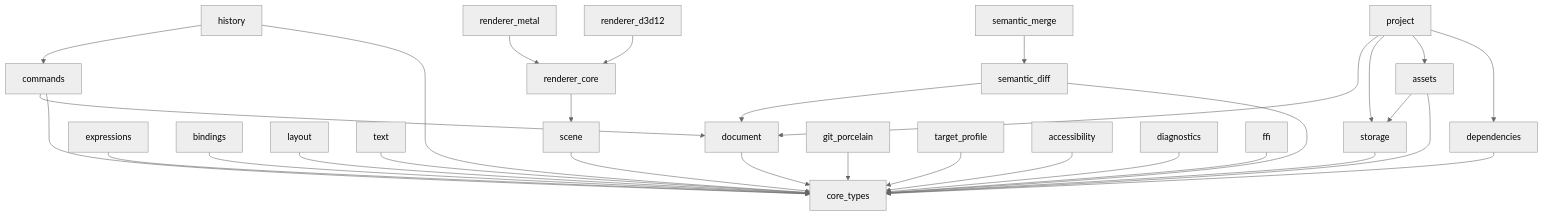
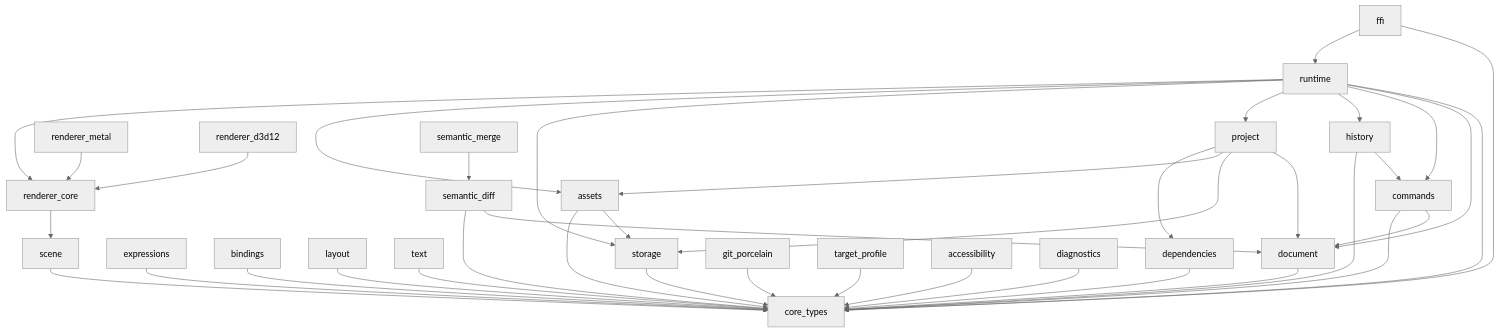
Before and after one commit to taeyoon0137/project-stellar: the diagram in docs/architecture/crate-dependency-graph.md, drawn with Mermaid (neutral theme). The commit also changed other lines of this file and 9 other files, not shown here.

````diff
--- a/docs/architecture/crate-dependency-graph.md
+++ b/docs/architecture/crate-dependency-graph.md
@@ -37,32 +38,41 @@
 ```mermaid
 graph TD
   document --> core_types
   commands --> document
   commands --> core_types
   history --> commands
   history --> core_types
   expressions --> core_types
   bindings --> core_types
   layout --> core_types
   text --> core_types
   scene --> core_types
   renderer_core --> scene
   renderer_metal --> renderer_core
   renderer_d3d12 --> renderer_core
   storage --> core_types
   assets --> storage
   assets --> core_types
   dependencies --> core_types
   project --> document
   project --> storage
   project --> assets
   project --> dependencies
   semantic_diff --> document
   semantic_diff --> core_types
   semantic_merge --> semantic_diff
   git_porcelain --> core_types
   target_profile --> core_types
   accessibility --> core_types
   diagnostics --> core_types
+  runtime --> core_types
+  runtime --> document
+  runtime --> commands
+  runtime --> history
+  runtime --> project
+  runtime --> storage
+  runtime --> assets
+  runtime --> renderer_core
   ffi --> core_types
+  ffi --> runtime
 ```
````
